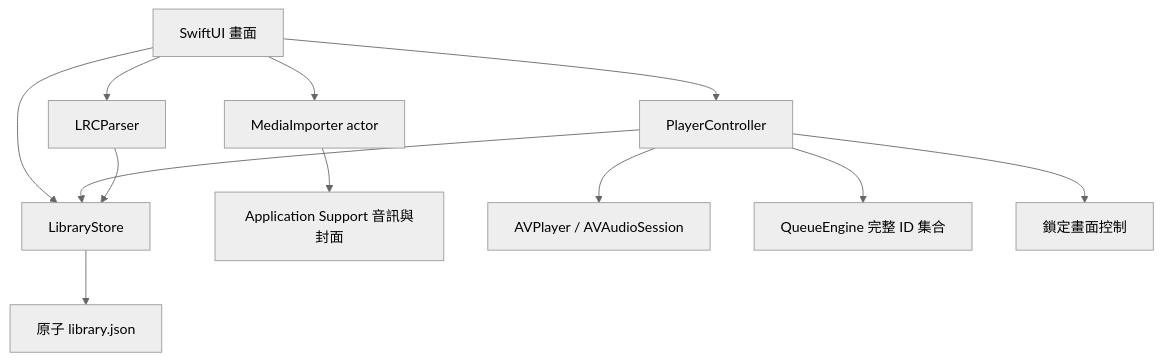
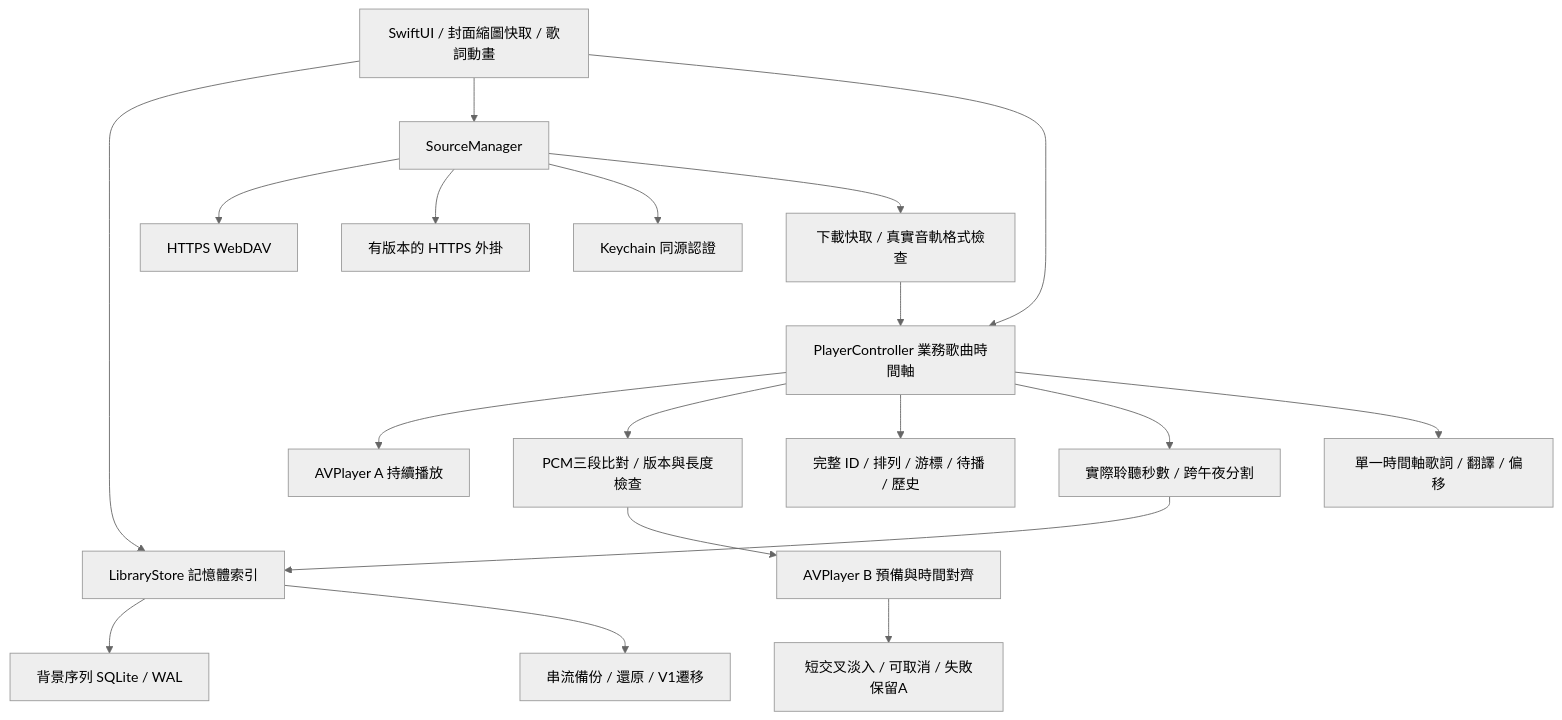
Before and after one commit to Kongdean2374/ChaiMusic-iOS: the diagram in docs/ARCHITECTURE.md, drawn with Mermaid (neutral theme). The commit also changed other lines of this file and 79 other files, not shown here.

````diff
--- a/docs/ARCHITECTURE.md
+++ b/docs/ARCHITECTURE.md
@@ -3,14 +3,21 @@
 ```mermaid
 flowchart TD
-  UI[SwiftUI 畫面] --> Store[LibraryStore]
-  UI --> Player[PlayerController]
-  UI --> Importer[MediaImporter actor]
-  Importer --> Files[Application Support 音訊與封面]
-  Player --> AV[AVPlayer / AVAudioSession]
-  Player --> Queue[QueueEngine 完整 ID 集合]
-  Player --> Store
-  Store --> JSON[原子 library.json]
-  UI --> LRC[LRCParser]
-  LRC --> Store
-  Player --> Remote[鎖定畫面控制]
+  UI[SwiftUI / 封面縮圖快取 / 歌詞動畫] --> Store[LibraryStore 記憶體索引]
+  UI --> Sources[SourceManager]
+  UI --> Player[PlayerController 業務歌曲時間軸]
+  Store --> DB[背景序列 SQLite / WAL]
+  Store --> Backup[串流備份 / 還原 / V1遷移]
+  Sources --> DAV[HTTPS WebDAV]
+  Sources --> Plugin[有版本的 HTTPS 外掛]
+  Sources --> Keys[Keychain 同源認證]
+  Sources --> Cache[下載快取 / 真實音軌格式檢查]
+  Cache --> Player
+  Player --> A[AVPlayer A 持續播放]
+  Player --> Match[PCM三段比對 / 版本與長度檢查]
+  Match --> B[AVPlayer B 預備與時間對齊]
+  B --> Fade[短交叉淡入 / 可取消 / 失敗保留A]
+  Player --> Queue[完整 ID / 排列 / 游標 / 待播 / 歷史]
+  Player --> Listen[實際聆聽秒數 / 跨午夜分割]
+  Listen --> Store
+  Player --> Lyrics[單一時間軸歌詞 / 翻譯 / 偏移]
 ```
````
